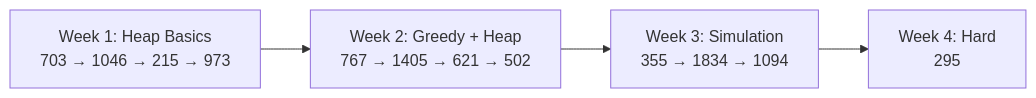
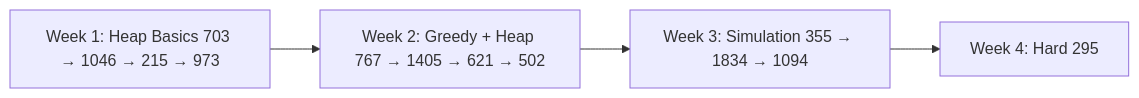
One commit to deepanshu-rawat6/AlgoAtlas changed the seventh of 7 diagrams in heap/README.md. Above: the diagram before and after it, drawn with Mermaid. The commit also changed other lines of this file and 13 other files, not shown here.

````diff
--- a/heap/README.md
+++ b/heap/README.md
@@ -149,8 +149,8 @@
 ```mermaid
 flowchart LR
-    W1["Week 1: Heap Basics<br>703 → 1046 → 215 → 973"]
-    W2["Week 2: Greedy + Heap<br>767 → 1405 → 621 → 502"]
-    W3["Week 3: Simulation<br>355 → 1834 → 1094"]
-    W4["Week 4: Hard<br>295"]
+    W1["Week 1: Heap Basics 703 → 1046 → 215 → 973"]
+    W2["Week 2: Greedy + Heap 767 → 1405 → 621 → 502"]
+    W3["Week 3: Simulation 355 → 1834 → 1094"]
+    W4["Week 4: Hard 295"]
     W1 --> W2 --> W3 --> W4
 ```
````
